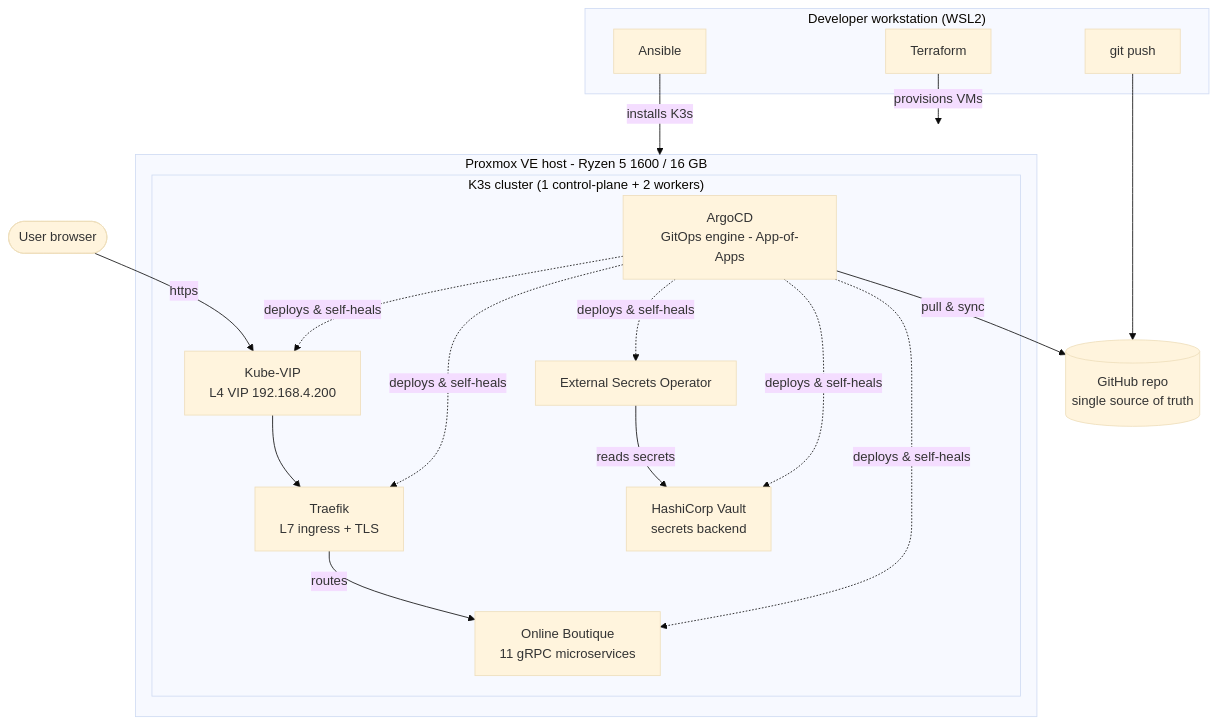
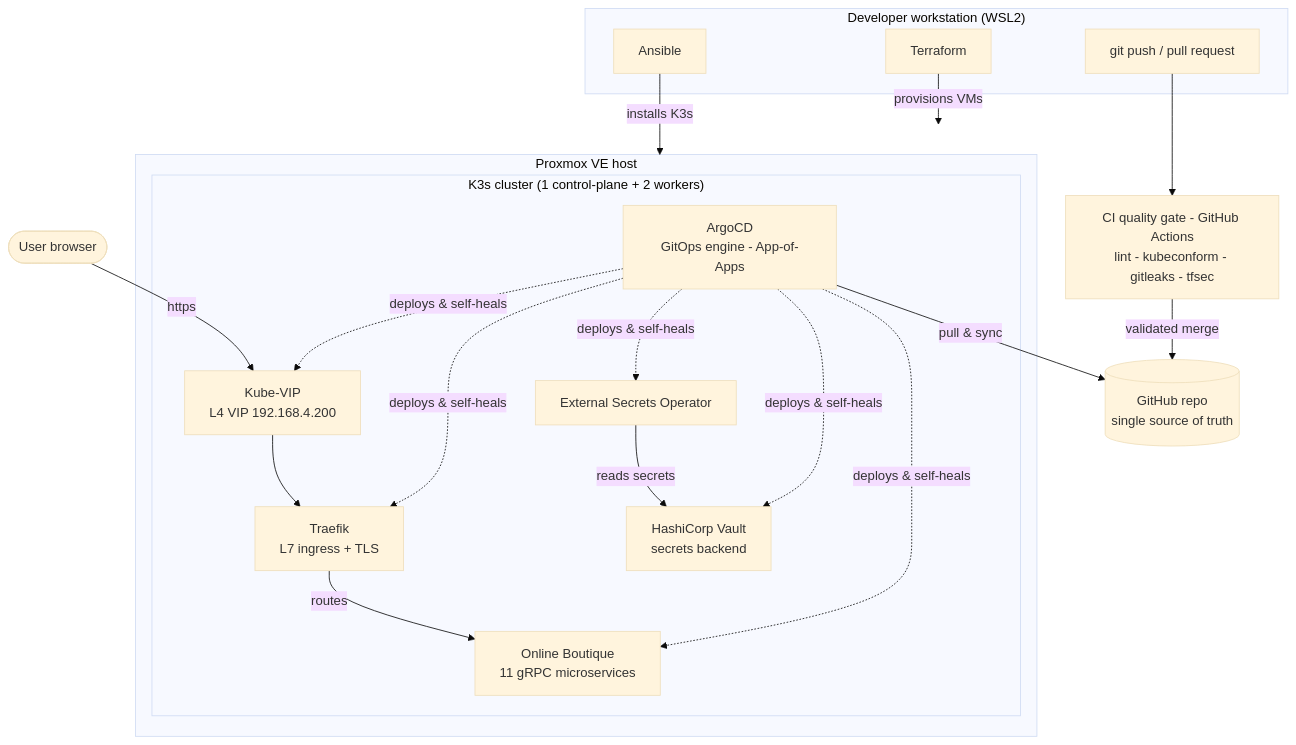
One commit to Thizz00/homelab-gitops changed the diagram in README.md. Above: the diagram before and after it, drawn with Mermaid (base theme). The commit also changed other lines of this file, not shown here.

First line of the commit message:
add CI quality gate to architecture

````diff
--- a/README.md
+++ b/README.md
@@ -7,37 +7,39 @@
 ```mermaid
 flowchart TB
     subgraph DEV["Developer workstation (WSL2)"]
         TF["Terraform"]
         ANS["Ansible"]
-        GIT["git push"]
+        GIT["git push / pull request"]
     end
 
+    CI["CI quality gate - GitHub Actions<br/>lint - kubeconform - gitleaks - tfsec"]
     REPO[("GitHub repo<br/>single source of truth")]
 
-    subgraph PVE["Proxmox VE host - Ryzen 5 1600 / 16 GB"]
+    subgraph PVE["Proxmox VE host"]
         subgraph K3S["K3s cluster (1 control-plane + 2 workers)"]
             ARGO["ArgoCD<br/>GitOps engine - App-of-Apps"]
             KVIP["Kube-VIP<br/>L4 VIP 192.168.4.200"]
             TRF["Traefik<br/>L7 ingress + TLS"]
             VAULT["HashiCorp Vault<br/>secrets backend"]
             ESO["External Secrets Operator"]
             OB["Online Boutique<br/>11 gRPC microservices"]
         end
     end
 
     USER(["User browser"])
 
     TF -->|provisions VMs| PVE
     ANS -->|installs K3s| K3S
-    GIT --> REPO
+    GIT --> CI
+    CI -->|validated merge| REPO
     ARGO -->|pull & sync| REPO
     ARGO -.->|deploys & self-heals| KVIP
     ARGO -.->|deploys & self-heals| TRF
     ARGO -.->|deploys & self-heals| VAULT
     ARGO -.->|deploys & self-heals| ESO
     ARGO -.->|deploys & self-heals| OB
     ESO -->|reads secrets| VAULT
     USER -->|https| KVIP
     KVIP --> TRF
     TRF -->|routes| OB
 ```
````
